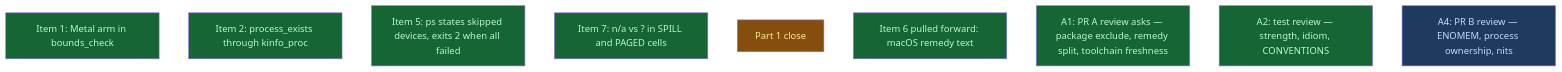
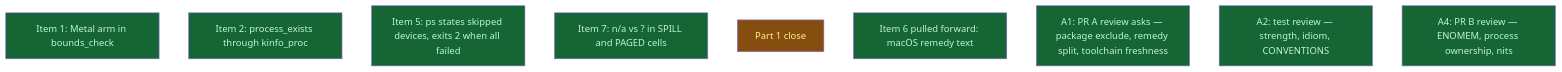
The diagram in __roadmap__/v0214-sandbox/part1/README.md (LittleCoinCoin/hypomnesis), drawn with Mermaid before and after one commit. The commit also changed other lines of this file, not shown here.

First line of the commit message:
docs(roadmap): mark maintainer_review_b done — PR B's review answered

````diff
--- a/__roadmap__/v0214-sandbox/part1/README.md
+++ b/__roadmap__/v0214-sandbox/part1/README.md
@@ -26,17 +26,17 @@
 ```mermaid
 graph TD
     metal_bounds_check[Item 1: Metal arm in bounds_check]:::done
     process_exists_kinfo[Item 2: process_exists through kinfo_proc]:::done
     ps_failed_devices[Item 5: ps states skipped devices, exits 2 when all failed]:::done
     spill_cell_na[Item 7: n/a vs ? in SPILL and PAGED cells]:::done
     close[Part 1 close]:::inprogress
     remedy_macos[Item 6 pulled forward: macOS remedy text]:::done
     maintainer_review_a[A1: PR A review asks — package exclude, remedy split, toolchain freshness]:::done
     test_review_b[A2: test review — strength, idiom, CONVENTIONS]:::done
-    maintainer_review_b[A4: PR B review — ENOMEM, process ownership, nits]:::amendment
+    maintainer_review_b[A4: PR B review — ENOMEM, process ownership, nits]:::done
     classDef done       fill:#166534,color:#bbf7d0
     classDef inprogress fill:#854d0e,color:#fef08a
     classDef planned    fill:#374151,color:#e5e7eb
     classDef amendment  fill:#1e3a5f,color:#bfdbfe
     classDef blocked    fill:#7f1d1d,color:#fecaca
 ```
````
